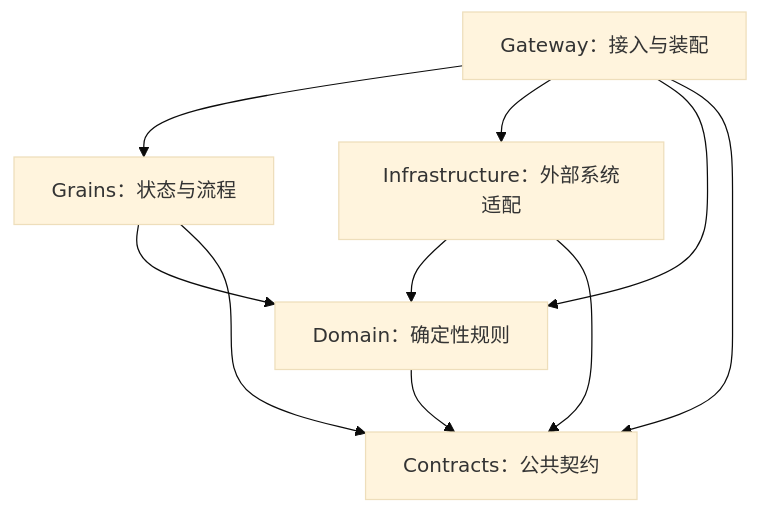
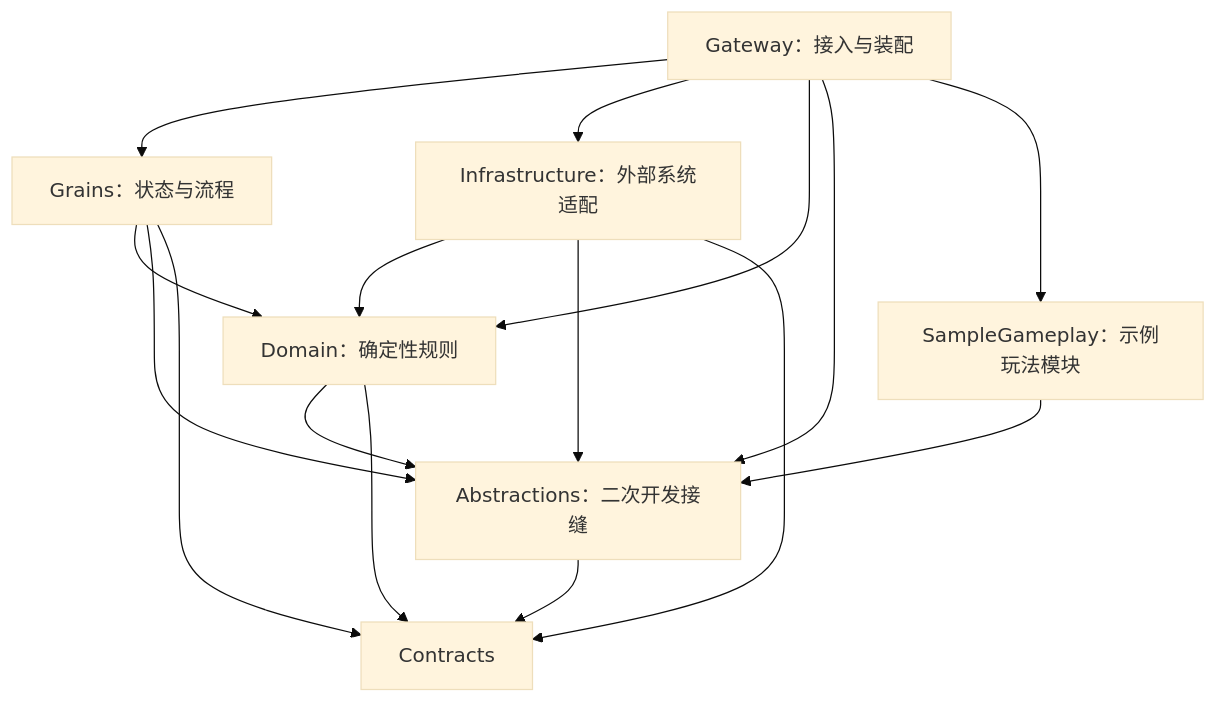
Before and after one commit to wangtao18112556446/OrleansGameService: the diagram in docs/ARCHITECTURE.md, drawn with Mermaid (base theme). The commit also changed other lines of this file and 44 other files, not shown here.

````diff
--- a/docs/ARCHITECTURE.md
+++ b/docs/ARCHITECTURE.md
@@ -7,12 +7,18 @@
 ```mermaid
 flowchart TD
     Gateway[Gateway：接入与装配] --> Grains[Grains：状态与流程]
     Gateway --> Infrastructure[Infrastructure：外部系统适配]
     Gateway --> Domain[Domain：确定性规则]
-    Gateway --> Contracts[Contracts：公共契约]
+    Gateway --> Abstractions[Abstractions：二次开发接缝]
+    Gateway --> Sample[SampleGameplay：示例玩法模块]
     Grains --> Domain
+    Grains --> Abstractions
     Grains --> Contracts
     Infrastructure --> Domain
+    Infrastructure --> Abstractions
     Infrastructure --> Contracts
+    Domain --> Abstractions
     Domain --> Contracts
+    Sample --> Abstractions
+    Abstractions --> Contracts
 ```
````
